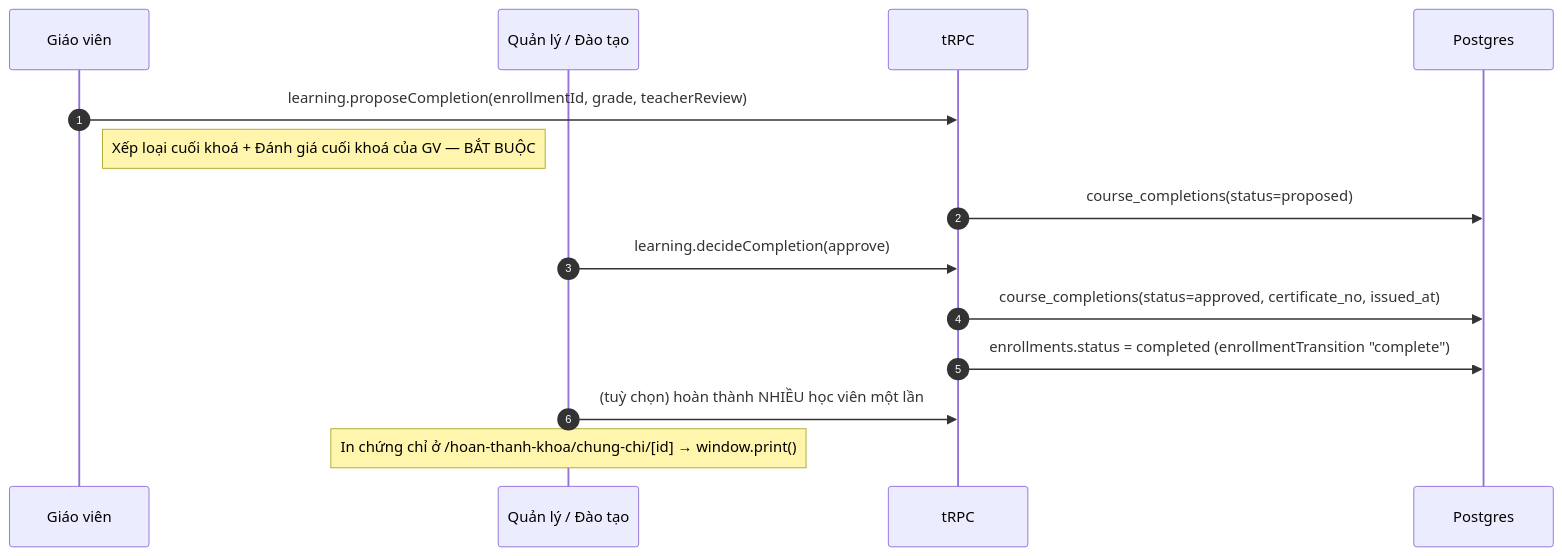
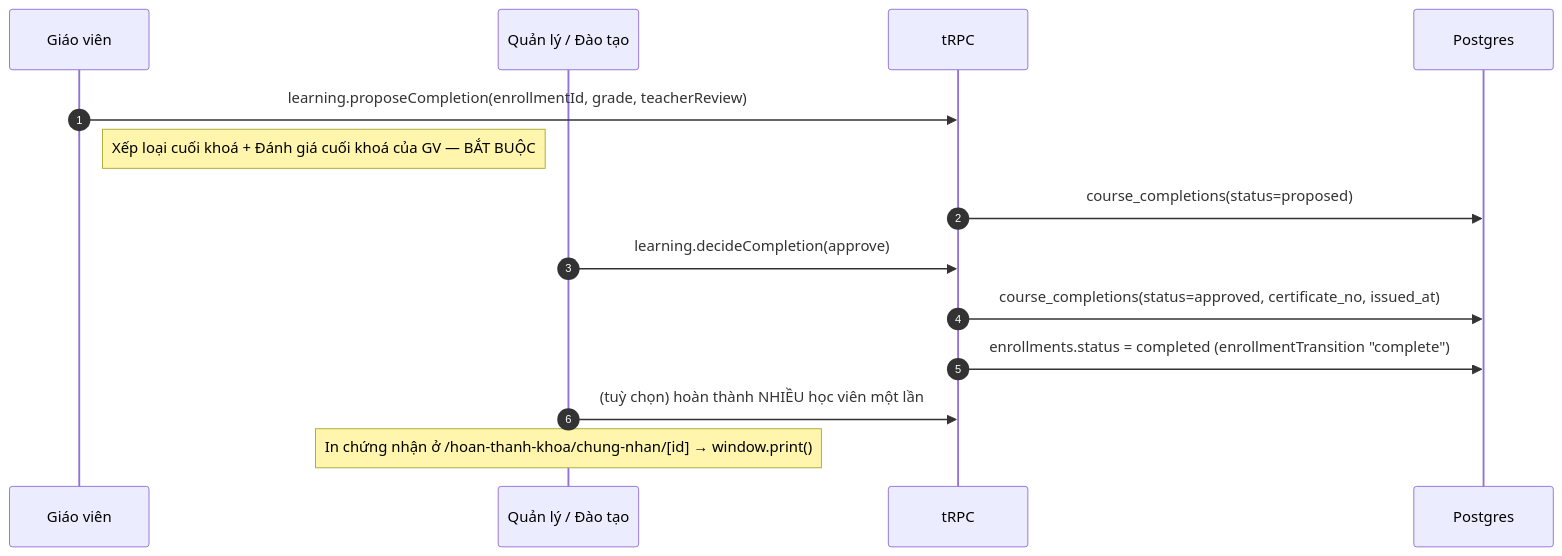
Diagram 24 of 26 in docs/THIET-KE-HE-THONG.md (thanhtoai123/lms), drawn with Mermaid before and after one commit. The commit also changed other lines of this file and 33 other files, not shown here.

First line of the commit message:
doi thuat ngu chung chi thanh chung nhan; chuyen route in sang /hoan-thanh-khoa/chung-nhan

````diff
--- a/docs/THIET-KE-HE-THONG.md
+++ b/docs/THIET-KE-HE-THONG.md
@@ -924,17 +924,17 @@
 ```mermaid
 sequenceDiagram
     autonumber
     participant GV as Giáo viên
     participant QL as Quản lý / Đào tạo
     participant API as tRPC
     participant DB as Postgres
 
     GV->>API: learning.proposeCompletion(enrollmentId, grade, teacherReview)
     Note right of GV: Xếp loại cuối khoá + Đánh giá cuối khoá của GV — BẮT BUỘC
     API->>DB: course_completions(status=proposed)
     QL->>API: learning.decideCompletion(approve)
     API->>DB: course_completions(status=approved, certificate_no, issued_at)
     API->>DB: enrollments.status = completed (enrollmentTransition "complete")
     QL->>API: (tuỳ chọn) hoàn thành NHIỀU học viên một lần
-    Note over QL: In chứng chỉ ở /hoan-thanh-khoa/chung-chi/[id] → window.print()
+    Note over QL: In chứng nhận ở /hoan-thanh-khoa/chung-nhan/[id] → window.print()
 ```
````
